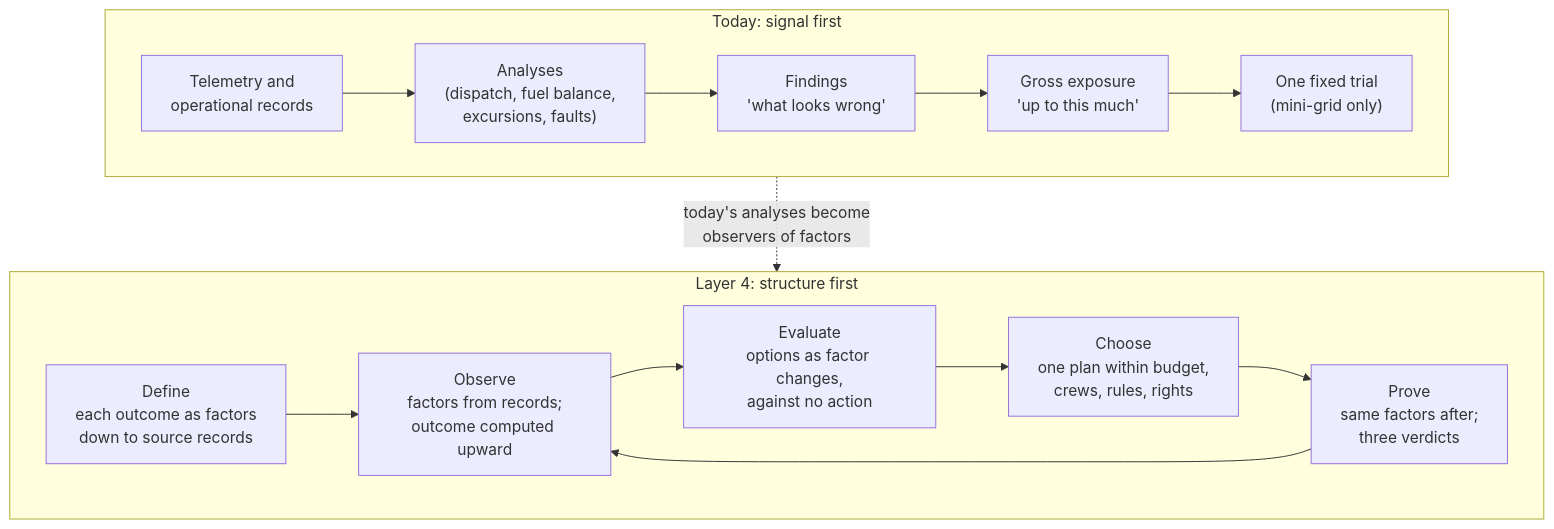
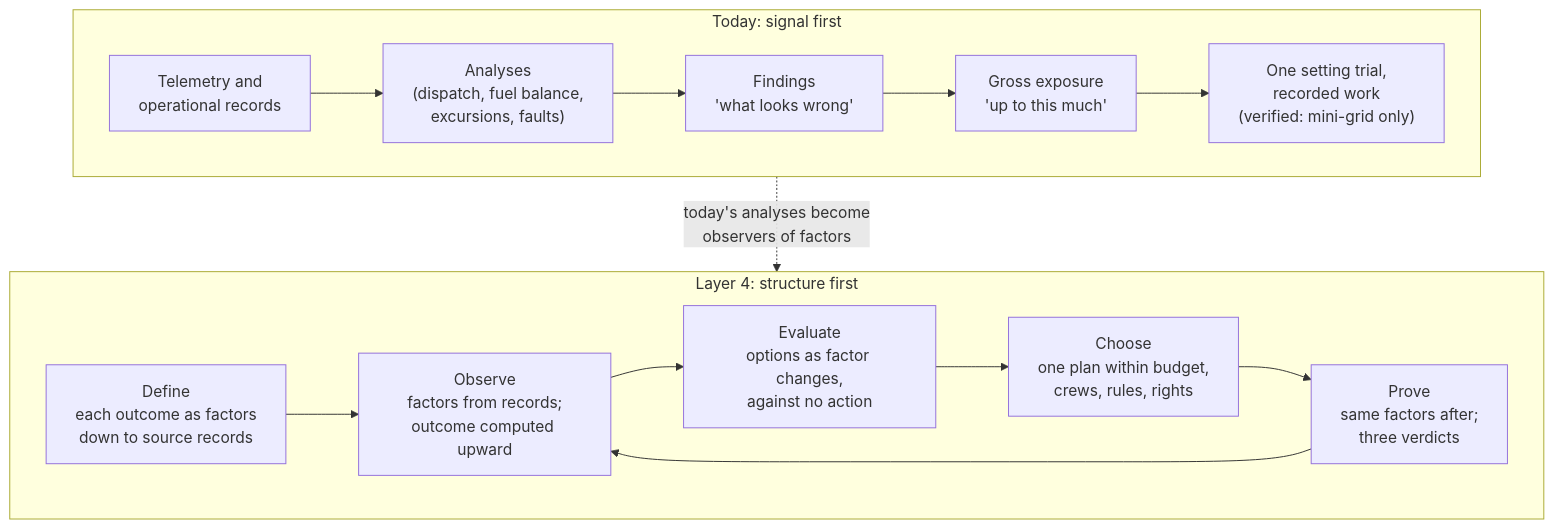
Before and after one commit to bineyame/AssetOpsV1: the first of 9 diagrams in Docs/demo-sprint/product-direction-layer4/product-transition-and-roadmap.md, drawn with Mermaid. The commit also changed other lines of this file and 4 other files, not shown here.

First line of the commit message:
Product transition and roadmap rev 2: review M1-M3, L1-L7 as classes; effort basis; workflow change (new §5)

````diff
--- a/Docs/demo-sprint/product-direction-layer4/product-transition-and-roadmap.md
+++ b/Docs/demo-sprint/product-direction-layer4/product-transition-and-roadmap.md
@@ -30,13 +31,13 @@
 ```mermaid
 flowchart TB
   subgraph TODAY["Today: signal first"]
     direction LR
-    T1["Telemetry and<br/>operational records"] --> T2["Analyses<br/>(dispatch, fuel balance,<br/>excursions, faults)"] --> T3["Findings<br/>'what looks wrong'"] --> T4["Gross exposure<br/>'up to this much'"] --> T5["One fixed trial<br/>(mini-grid only)"]
+    T1["Telemetry and<br/>operational records"] --> T2["Analyses<br/>(dispatch, fuel balance,<br/>excursions, faults)"] --> T3["Findings<br/>'what looks wrong'"] --> T4["Gross exposure<br/>'up to this much'"] --> T5["One setting trial,<br/>recorded work<br/>(verified: mini-grid only)"]
   end
   subgraph L4["Layer 4: structure first"]
     direction LR
     L1["Define<br/>each outcome as factors<br/>down to source records"] --> L2["Observe<br/>factors from records;<br/>outcome computed upward"] --> L3["Evaluate<br/>options as factor changes,<br/>against no action"] --> L4c["Choose<br/>one plan within budget,<br/>crews, rules, rights"] --> L5["Prove<br/>same factors after;<br/>three verdicts"]
     L5 --> L2
   end
   TODAY -. "today's analyses become<br/>observers of factors" .-> L2
 ```
````
